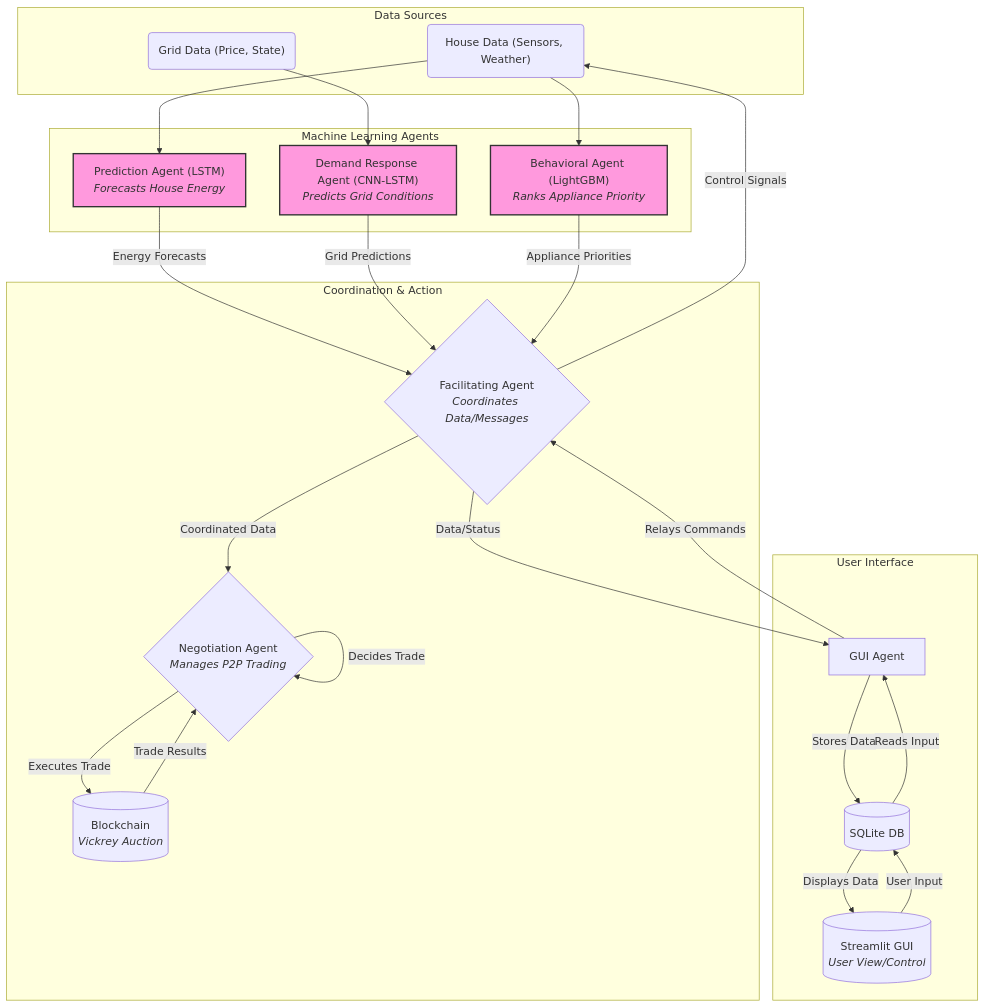
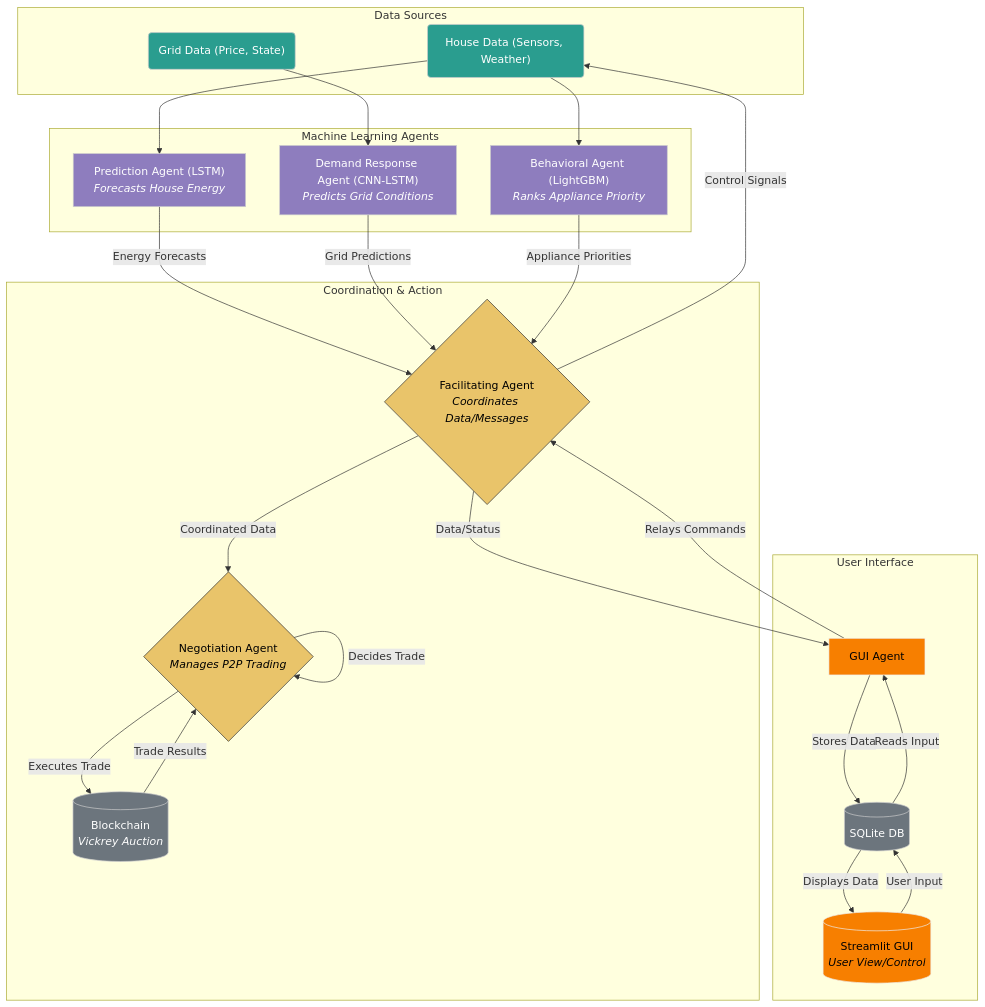
One commit to JustinAdmin/Smart_Energy_Trading changed the diagram in README.md. Above: the diagram before and after it, drawn with Mermaid.

Commit message:
Update README.md
change flowchart colour

````diff
--- a/README.md
+++ b/README.md
@@ -26,56 +26,55 @@
 ```mermaid
 graph TD
-    %% Define Nodes
+    %% --- Nodes (same as above) ---
     subgraph "Data Sources"
         House("House Data (Sensors, Weather)")
         Grid("Grid Data (Price, State)")
     end
-
     subgraph "Machine Learning Agents"
         PredAgent["Prediction Agent (LSTM)<br/><i>Forecasts House Energy</i>"]
         DRAgent["Demand Response Agent (CNN-LSTM)<br/><i>Predicts Grid Conditions</i>"]
         BehavAgent["Behavioral Agent (LightGBM)<br/><i>Ranks Appliance Priority</i>"]
     end
-
     subgraph "Coordination & Action"
         Facilitator{"Facilitating Agent<br/><i>Coordinates Data/Messages</i>"}
         NegoAgent{"Negotiation Agent<br/><i>Manages P2P Trading</i>"}
         Blockchain[("Blockchain<br/><i>Vickrey Auction</i>")]
     end
-
     subgraph "User Interface"
         GUIAgent["GUI Agent"]
         DB[(SQLite DB)]
         GUI[("Streamlit GUI<br/><i>User View/Control</i>")]
     end
 
-    %% Define Flow
-    House --> PredAgent;
-    House --> BehavAgent;
-    Grid --> DRAgent;
+    %% --- Flow (same as above) ---
+    House --> PredAgent; House --> BehavAgent; Grid --> DRAgent;
+    PredAgent -- Energy Forecasts --> Facilitator; DRAgent -- Grid Predictions --> Facilitator; BehavAgent -- Appliance Priorities --> Facilitator;
+    Facilitator -- Coordinated Data --> NegoAgent; Facilitator -- Data/Status --> GUIAgent; Facilitator -- Control Signals --> House;
+    %% e.g., Curtailment command based on Behavior Agent priority
+    NegoAgent -- Decides Trade --> NegoAgent;
+    %% Internal decision loop
+    NegoAgent -- Executes Trade --> Blockchain; Blockchain -- Trade Results --> NegoAgent;
+    GUIAgent -- Stores Data --> DB; DB -- Displays Data --> GUI; GUI -- User Input --> DB; DB -- Reads Input --> GUIAgent; GUIAgent -- Relays Commands --> Facilitator;
 
-    PredAgent -- Energy Forecasts --> Facilitator;
-    DRAgent -- Grid Predictions --> Facilitator;
-    BehavAgent -- Appliance Priorities --> Facilitator;
+    %% Style Nodes for Dark Mode (Hex Codes)
+    %% Data Sources - Tealish Blue
+    style House fill:#2a9d8f,stroke:#ccc,color:white
+    style Grid fill:#2a9d8f,stroke:#ccc,color:white
 
-    Facilitator -- Coordinated Data --> NegoAgent;
-    Facilitator -- Data/Status --> GUIAgent;
-    Facilitator -- Control Signals --> House;
-    %% e.g., Curtailment command based on Behavior Agent priority
+    %% ML Agents - Muted Purple
+    style PredAgent fill:#8e7dbe,stroke:#ccc,color:white
+    style DRAgent fill:#8e7dbe,stroke:#ccc,color:white
+    style BehavAgent fill:#8e7dbe,stroke:#ccc,color:white
 
-    NegoAgent -- Decides Trade --> NegoAgent;
-    %% Internal decision loop (Comment moved)
-    NegoAgent -- Executes Trade --> Blockchain;
-    Blockchain -- Trade Results --> NegoAgent;
+    %% Coordination - Sandy Orange
+    style Facilitator fill:#e9c46a,stroke:#333,color:black 
+    style NegoAgent fill:#e9c46a,stroke:#333,color:black
 
-    GUIAgent -- Stores Data --> DB;
-    DB -- Displays Data --> GUI;
-    GUI -- User Input --> DB;
-    DB -- Reads Input --> GUIAgent;
-    GUIAgent -- Relays Commands --> Facilitator;
+    %% Infrastructure - Darker Gray
+    style Blockchain fill:#6c757d,stroke:#ccc,color:white
+    style DB fill:#6c757d,stroke:#ccc,color:white
 
-    %% Optional: Style ML nodes slightly differently
-    style PredAgent fill:#f9d,stroke:#333,stroke-width:2px
-    style DRAgent fill:#f9d,stroke:#333,stroke-width:2px
-    style BehavAgent fill:#f9d,stroke:#333,stroke-width:2px
+    %% UI - Coral/Pinkish
+    style GUIAgent fill:#f77f00,stroke:#eee,color:black 
+    style GUI fill:#f77f00,stroke:#eee,color:black
 ```
````
